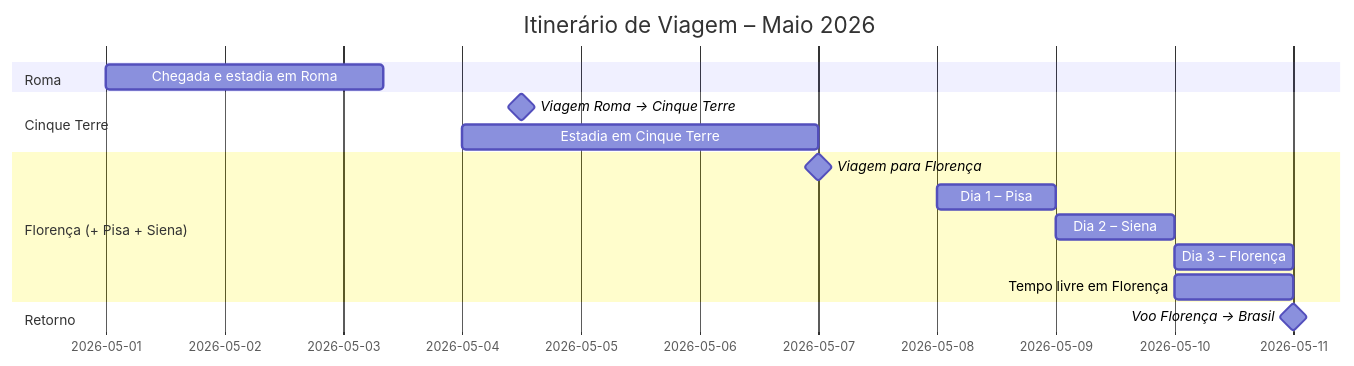
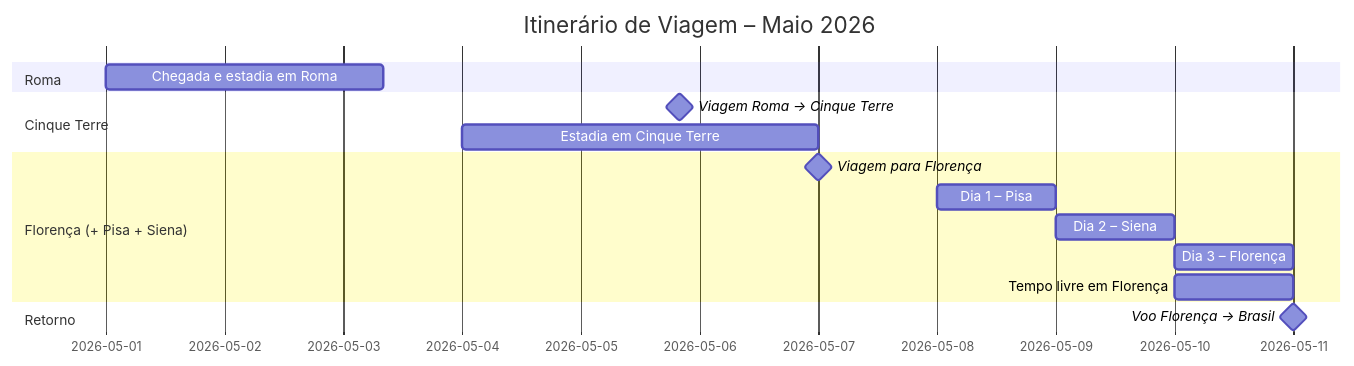
The first of 2 diagrams in README.md (paulovcastagnari/planejamento-viagem-2026), drawn with Mermaid before and after one commit.

````diff
--- a/README.md
+++ b/README.md
@@ -21,22 +21,22 @@
 ```mermaid
 gantt
     dateFormat  YYYY-MM-DD
     title Itinerário de Viagem – Maio 2026
 
     section Roma
     Chegada e estadia em Roma     :2026-05-01, 56h
 
     section Cinque Terre
-    Viagem Roma → Cinque Terre   :milestone, ct_arrive, 2026-05-04, 0.5d
+    Viagem Roma → Cinque Terre   :milestone, ct_arrive, 2026-05-04, 88h
     Estadia em Cinque Terre      :2026-05-04, 2.5d
 
     section Florença (+ Pisa + Siena)
     Viagem para Florença         :milestone, fl_arrive, 2026-05-07, 0d
     Dia 1 – Pisa                 :2026-05-08, 1d
     Dia 2 – Siena                :2026-05-09, 1d
     Dia 3 – Florença             :2026-05-10, 1d
     Tempo livre em Florença      :2026-05-10, 1d
 
     section Retorno
     Voo Florença → Brasil        :milestone, return_bra, 2026-05-11, 0d
 ```
````
